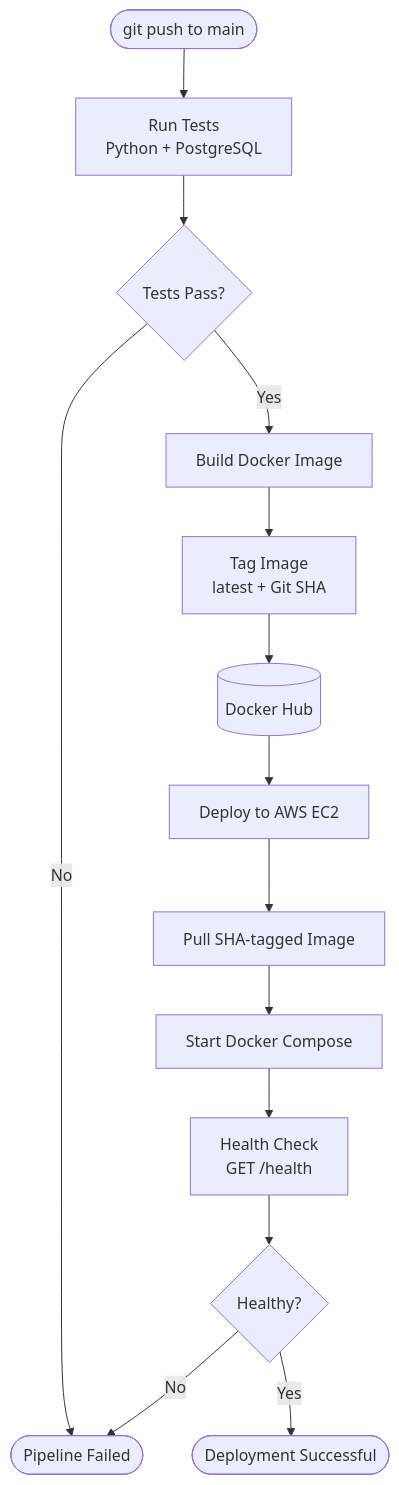
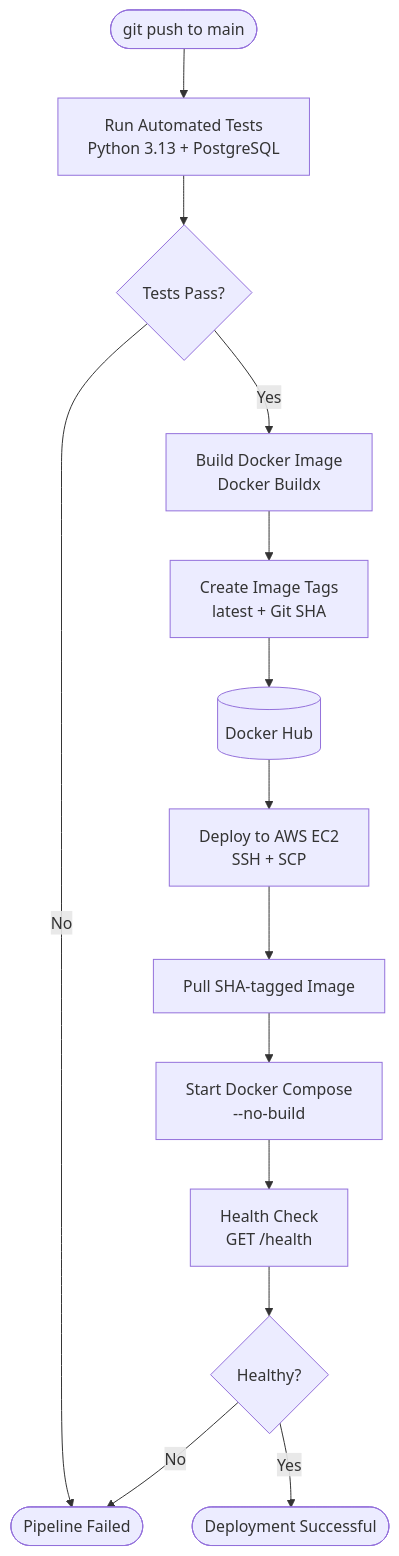
Before and after one commit to Ahsan-Dowla/devops-project-1: the third of 8 diagrams in README.md, drawn with Mermaid. The commit also changed other lines of this file, not shown here.

````diff
--- a/README.md
+++ b/README.md
@@ -328,47 +257,48 @@
 ```mermaid
 flowchart TD
+
     Push([git push to main])
 
-    Test[Run Tests<br/>Python + PostgreSQL]
+    Test[Run Automated Tests<br/>Python 3.13 + PostgreSQL]
 
     TestsPassed{Tests Pass?}
 
-    Build[Build Docker Image]
+    Build[Build Docker Image<br/>Docker Buildx]
 
-    Tag[Tag Image<br/>latest + Git SHA]
+    Tag[Create Image Tags<br/>latest + Git SHA]
 
-    DockerHub[(Docker Hub)]
+    Registry[(Docker Hub)]
 
-    Deploy[Deploy to AWS EC2]
+    Deploy[Deploy to AWS EC2<br/>SSH + SCP]
 
     Pull[Pull SHA-tagged Image]
 
-    Start[Start Docker Compose]
+    Start[Start Docker Compose<br/>--no-build]
 
     Health[Health Check<br/>GET /health]
 
     Healthy{Healthy?}
 
     Success([Deployment Successful])
 
     Failure([Pipeline Failed])
 
     Push --> Test
     Test --> TestsPassed
 
     TestsPassed -->|No| Failure
     TestsPassed -->|Yes| Build
 
     Build --> Tag
-    Tag --> DockerHub
+    Tag --> Registry
 
-    DockerHub --> Deploy
+    Registry --> Deploy
     Deploy --> Pull
     Pull --> Start
     Start --> Health
 
     Health --> Healthy
 
     Healthy -->|Yes| Success
     Healthy -->|No| Failure
 ```
````
